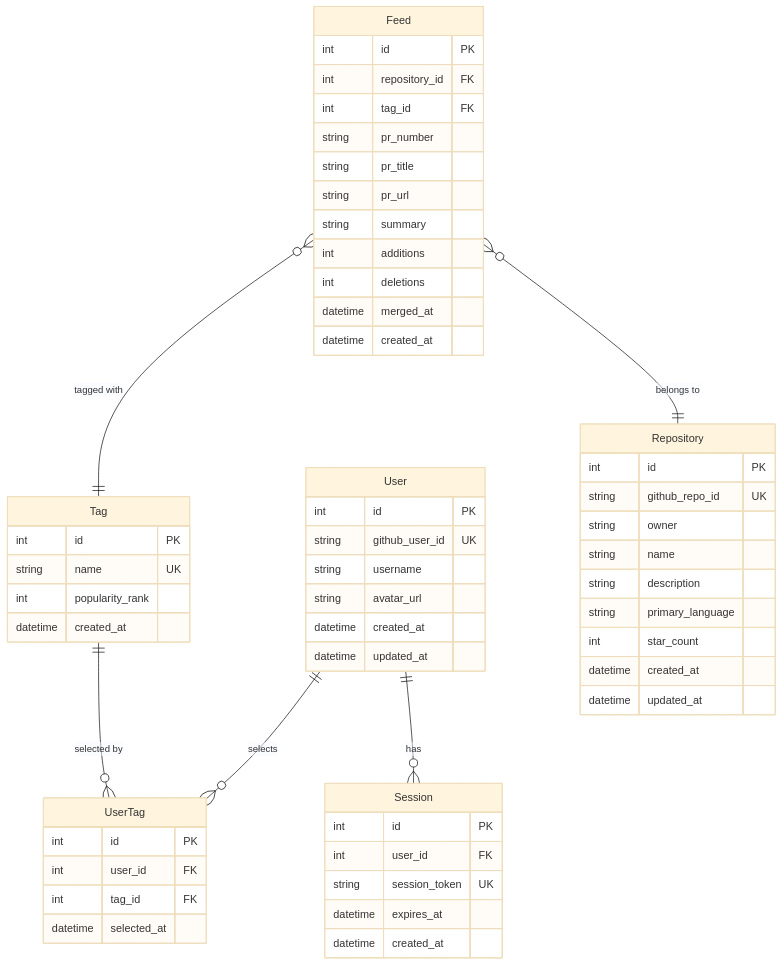
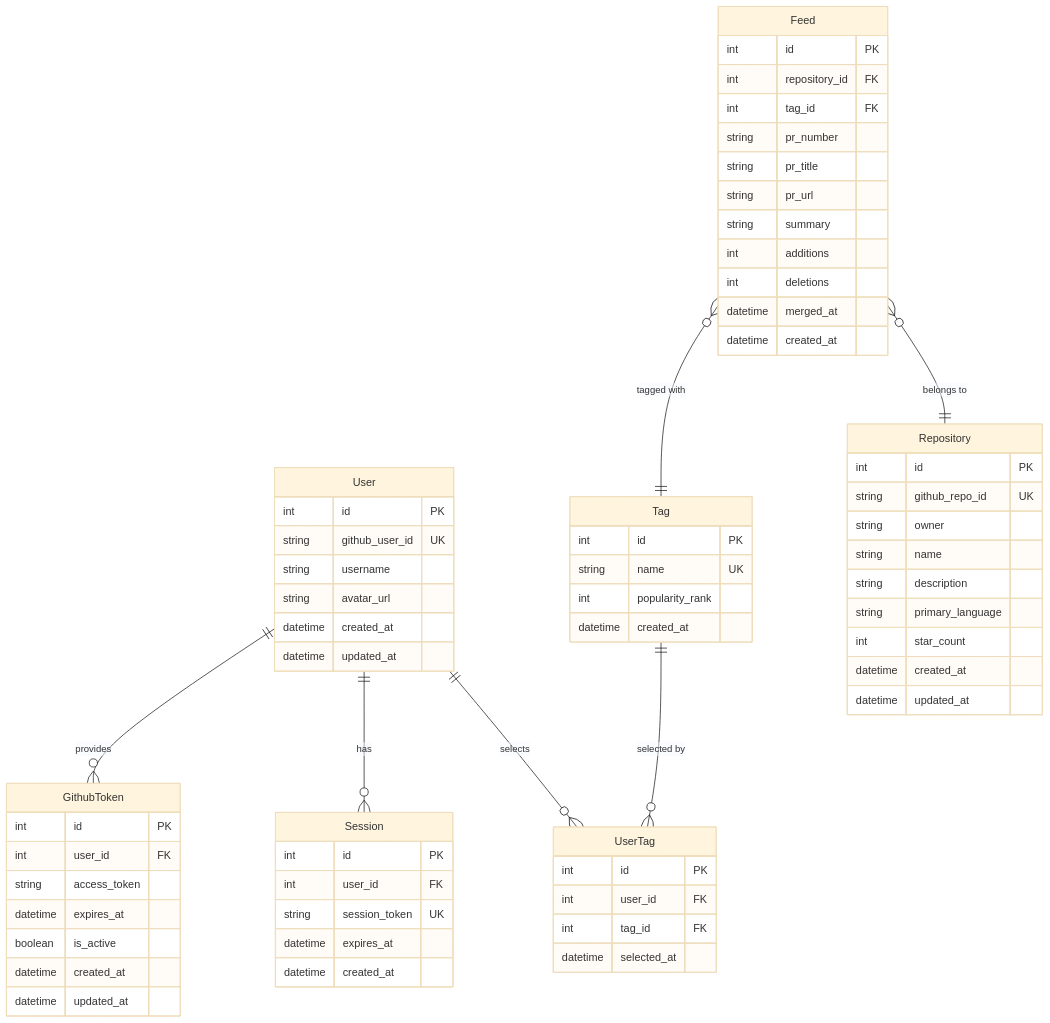
The diagram in docs/er-diagram.md (tsukuneA1/git-feed), drawn with Mermaid (base theme) before and after one commit.

````diff
--- a/docs/er-diagram.md
+++ b/docs/er-diagram.md
@@ -1,65 +1,76 @@
 ```mermaid
 erDiagram
     User ||--o{ UserTag : "selects"
     Tag ||--o{ UserTag : "selected by"
     User ||--o{ Session : "has"
+    User ||--o{ GithubToken : "provides"
     Feed }o--|| Repository : "belongs to"
     Feed }o--|| Tag : "tagged with"
 
     User {
         int id PK
         string github_user_id UK
-        string username 
+        string username
         string avatar_url
+        datetime created_at
+        datetime updated_at
+    }
+
+    GithubToken {
+        int id PK
+        int user_id FK
+        string access_token
+        datetime expires_at
+        boolean is_active
         datetime created_at
         datetime updated_at
     }
 
     Tag {
         int id PK
         string name UK
         int popularity_rank
         datetime created_at
     }
 
     UserTag {
         int id PK
         int user_id FK
         int tag_id FK
         datetime selected_at
     }
 
     Session {
         int id PK
         int user_id FK
         string session_token UK 
         datetime expires_at 
         datetime created_at 
     }
 
     Repository {
         int id PK
         string github_repo_id UK
         string owner
         string name
         string description
         string primary_language
         int star_count
         datetime created_at
         datetime updated_at
     }
 
     Feed {
         int id PK
         int repository_id FK
         int tag_id FK
         string pr_number 
         string pr_title 
         string pr_url 
         string summary 
         int additions 
         int deletions
         datetime merged_at
         datetime created_at 
     }
 ```
````
